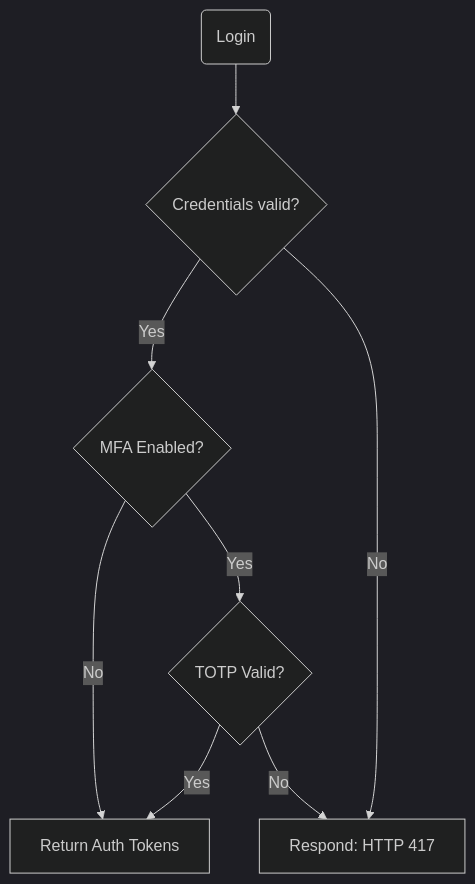
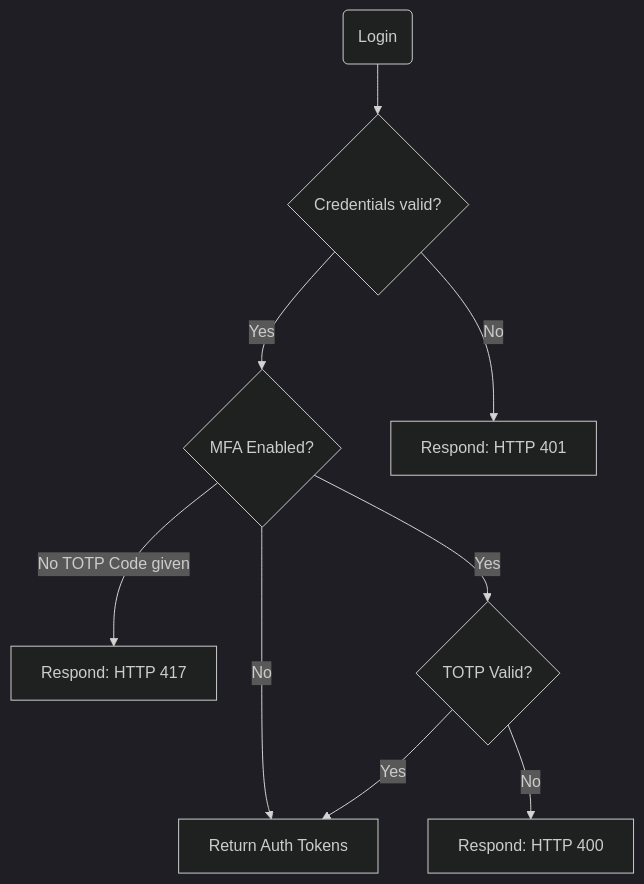
Before and after one commit to lbrty/observer: the diagram in README.md, drawn with Mermaid.

Commit message:
Update MFA diagram

````diff
--- a/README.md
+++ b/README.md
@@ -26,15 +26,18 @@
 ```mermaid
 %%{init: {'theme':'dark'}}%%
 flowchart TD
     A(Login) --> B{Credentials valid?}
     B --> |Yes| C
-    B --> |No| F
+    B --> |No| G
     C{MFA Enabled?}
+    C --> |No TOTP Code given| I
     C --> |No| H
     C --> |Yes| D
     D{TOTP Valid?}
     D --> |Yes| H
     D --> |No| F
-    F[Respond: HTTP 417]
+    F[Respond: HTTP 400]
+    G[Respond: HTTP 401]
     H[Return Auth Tokens]
+    I[Respond: HTTP 417]
 ```
````
